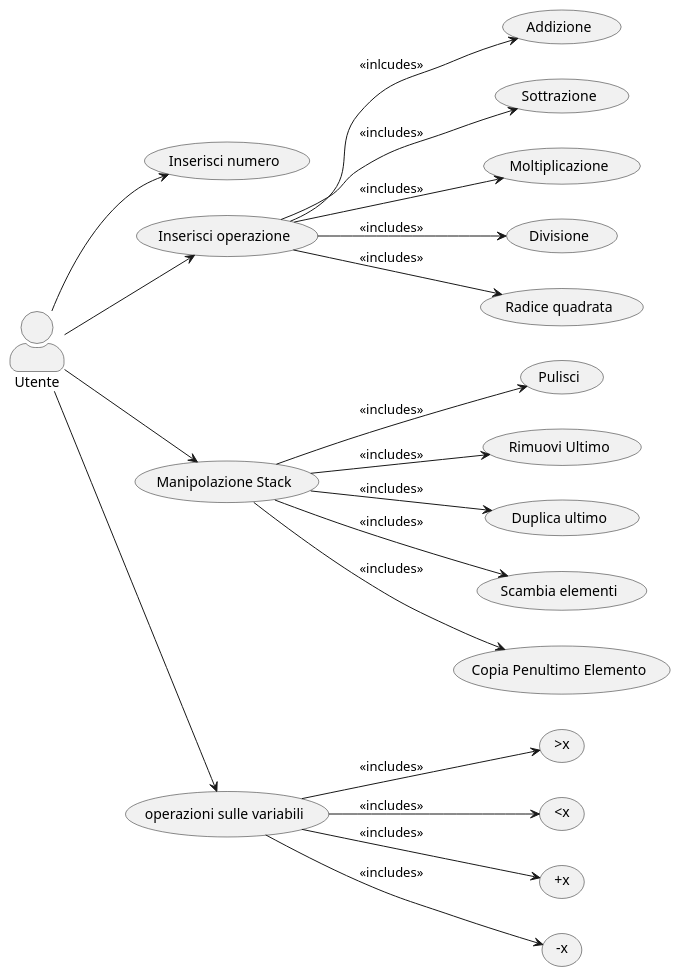
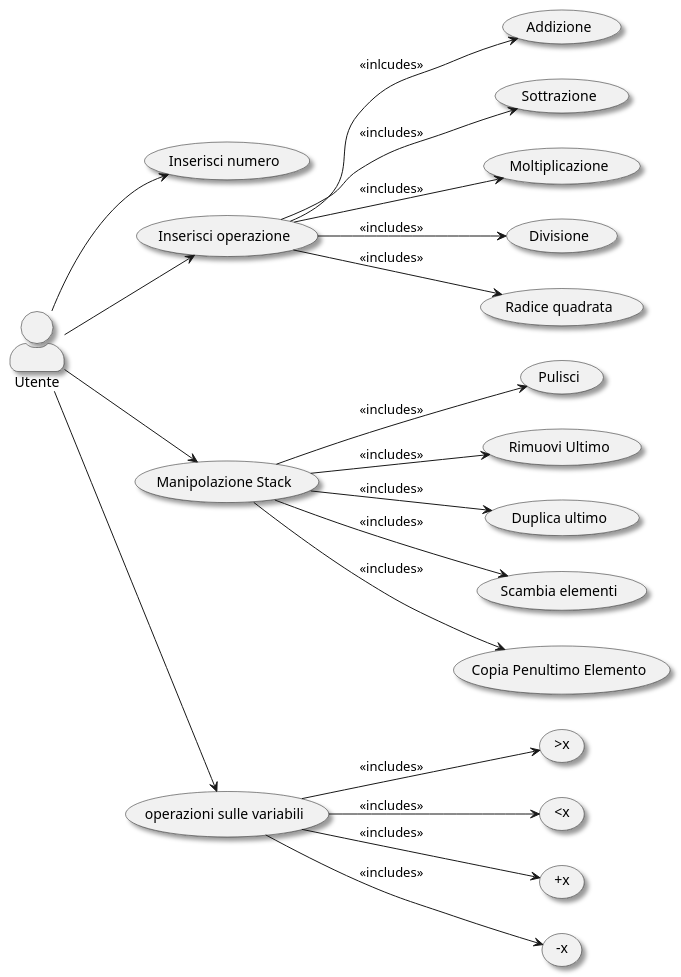
Before and after one commit to LuciaNancyLavista/Gruppo06_software_eng_L.I.V.P: the diagram in CalcolatriceProgrammabile/UseCaseDiagramm/Usecasecal.puml, drawn with PlantUML.

Commit message:
aggiornamento UseCase Diagramm
aggiunto lo shadowing per una maggiore estetica del diagramma

```diff
--- a/CalcolatriceProgrammabile/UseCaseDiagramm/Usecasecal.puml
+++ b/CalcolatriceProgrammabile/UseCaseDiagramm/Usecasecal.puml
@@ -1,54 +1,52 @@
 @startuml calcolatrice
 skinparam actorStyle awesome
+skinparam shadowing true
 left to right direction
 
 actor "Utente" as user 
-
-
-
 
 usecase "Inserisci numero" as inserisci
 usecase "Inserisci operazione" as operazione
 usecase "Addizione" as add 
 usecase "Sottrazione" as minus
 usecase "Moltiplicazione" as multiply
 usecase "Divisione" as division
 usecase "Radice quadrata" as sqrt 
 
 usecase "Manipolazione Stack" as manipolazione
 usecase "Pulisci" as clear
 usecase "Rimuovi Ultimo" as drop
 usecase "Duplica ultimo" as dup
 usecase "Scambia elementi" as swap
 usecase "Copia Penultimo Elemento" as over 
 
 usecase "operazioni sulle variabili" as Support 
 usecase ">x" as salva 
 usecase "<x" as copia 
 usecase "+x" as sommaVar 
 usecase "-x" as diffVar 
 
 user  --> operazione
 user --> inserisci 
 operazione --> add : <<inlcudes>>
 operazione --> minus : <<includes>>
 operazione --> multiply : <<includes>>
 operazione --> division : <<includes>>
 operazione --> sqrt : <<includes>>
 
 
 user --> manipolazione 
 manipolazione --> clear : <<includes>>
 manipolazione --> drop : <<includes>>
 manipolazione --> dup : <<includes>>
 manipolazione --> swap : <<includes>>
 manipolazione -->over : <<includes>>
 
 user --> Support 
 Support --> salva : <<includes>>
 Support --> copia : <<includes>>
 Support --> sommaVar : <<includes>>
 Support --> diffVar : <<includes>>
 
 
 @enduml
```
